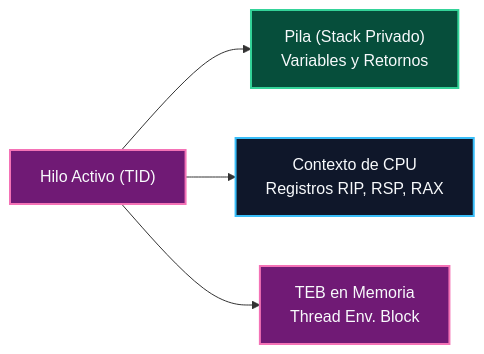
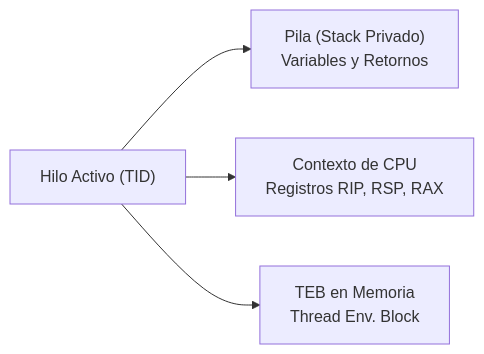
The second of 6 diagrams in malware-analysis/02-procesos-servicios-y-cuentas/README.md (purpesec/Cybersecurity-For-Beginners), drawn with Mermaid before and after one commit. The commit also changed other lines of this file and 4 other files, not shown here.

Commit message:
style: remover classDef y colores personalizados para usar estilo nativo estandar de Mermaid

````diff
--- a/malware-analysis/02-procesos-servicios-y-cuentas/README.md
+++ b/malware-analysis/02-procesos-servicios-y-cuentas/README.md
@@ -59,10 +55,6 @@
 ```mermaid
 flowchart LR
-    classDef th fill:#701a75,stroke:#f472b6,stroke-width:2px,color:#f8fafc;
-    classDef reg fill:#0f172a,stroke:#38bdf8,stroke-width:2px,color:#f8fafc;
-    classDef stk fill:#064e3b,stroke:#34d399,stroke-width:2px,color:#f8fafc;
-
-    T["Hilo Activo (TID)"]:::th --> STK["Pila (Stack Privado)\nVariables y Retornos"]:::stk
-    T --> REG["Contexto de CPU\nRegistros RIP, RSP, RAX"]:::reg
-    T --> TEB["TEB en Memoria\nThread Env. Block"]:::th
+    T["Hilo Activo (TID)"] --> STK["Pila (Stack Privado)\nVariables y Retornos"]
+    T --> REG["Contexto de CPU\nRegistros RIP, RSP, RAX"]
+    T --> TEB["TEB en Memoria\nThread Env. Block"]
 ```
````
